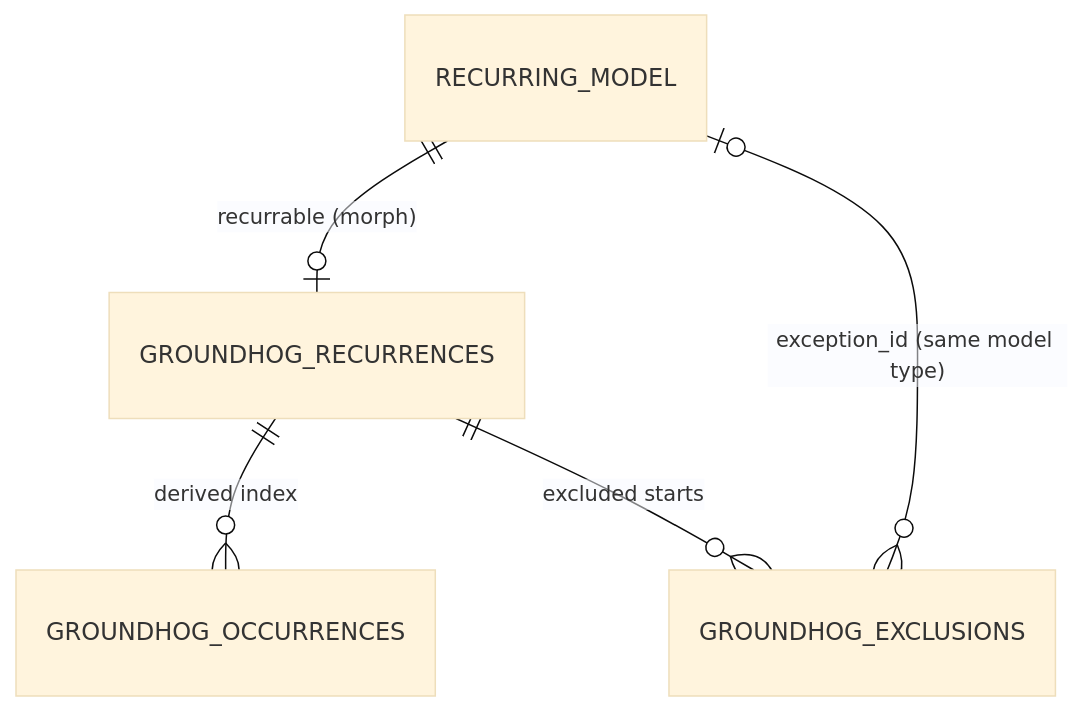
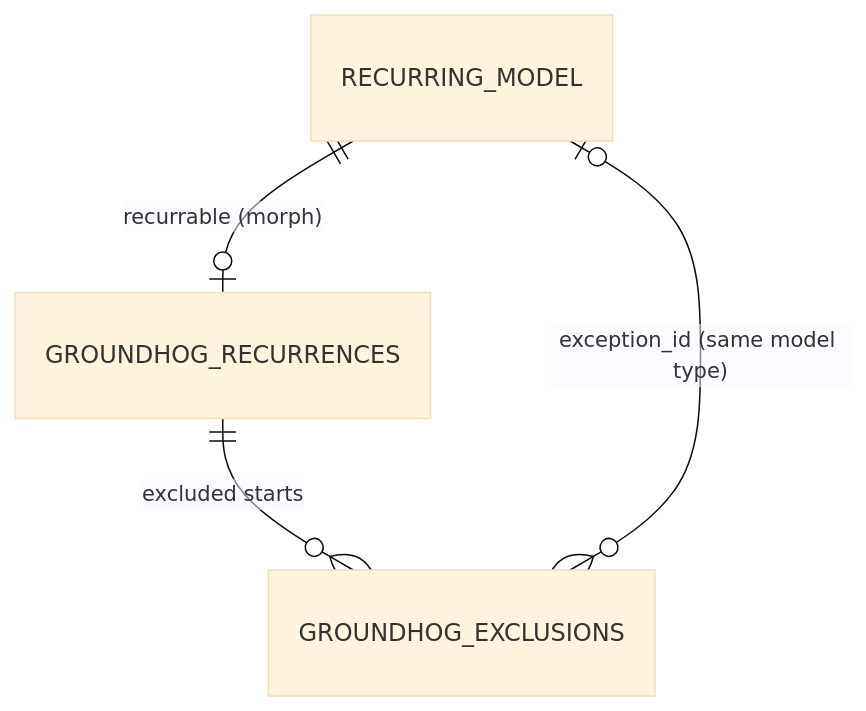
Before and after one commit to boysfromthefactory/groundhog: the first of 2 diagrams in specs/001-recurring-eloquent-models/data-model.md, drawn with Mermaid (base theme). The commit also changed other lines of this file and 44 other files, not shown here.

First line of the commit message:
refactor!: generate occurrences per query instead of storing an index

````diff
--- a/specs/001-recurring-eloquent-models/data-model.md
+++ b/specs/001-recurring-eloquent-models/data-model.md
@@ -8,7 +8,6 @@
 ```mermaid
 erDiagram
     RECURRING_MODEL ||--o| GROUNDHOG_RECURRENCES : "recurrable (morph)"
-    GROUNDHOG_RECURRENCES ||--o{ GROUNDHOG_OCCURRENCES : "derived index"
     GROUNDHOG_RECURRENCES ||--o{ GROUNDHOG_EXCLUSIONS : "excluded starts"
     GROUNDHOG_EXCLUSIONS }o--o| RECURRING_MODEL : "exception_id (same model type)"
 ```
````
